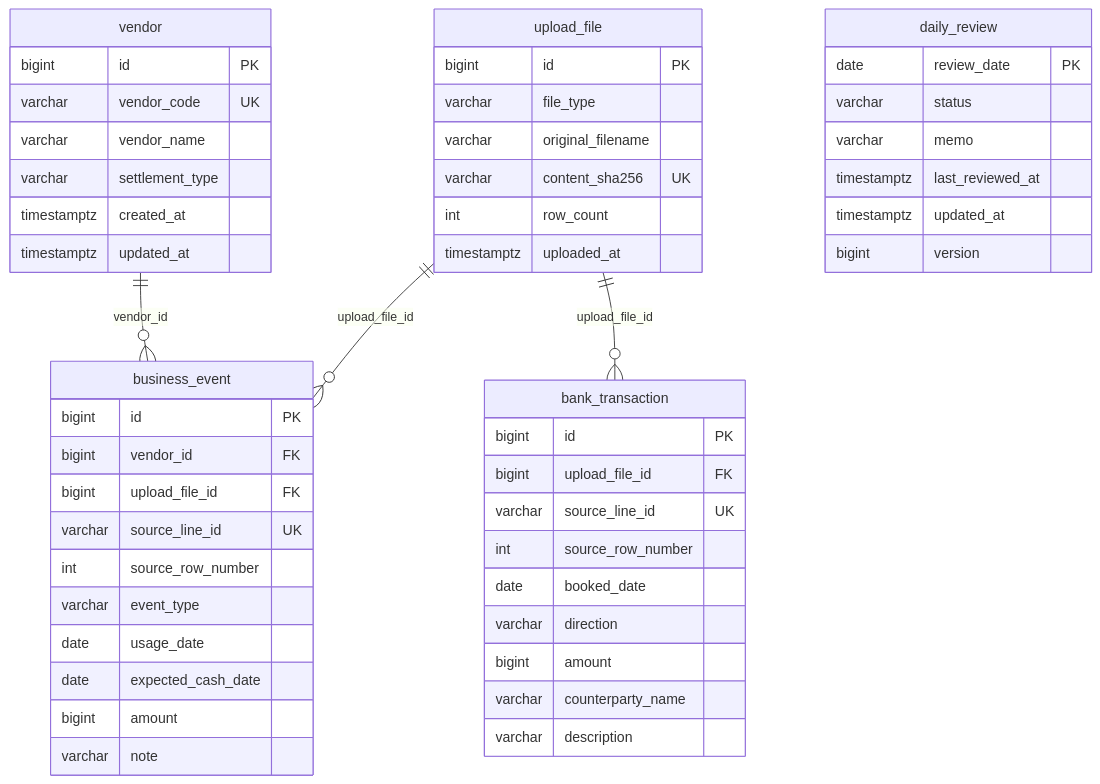
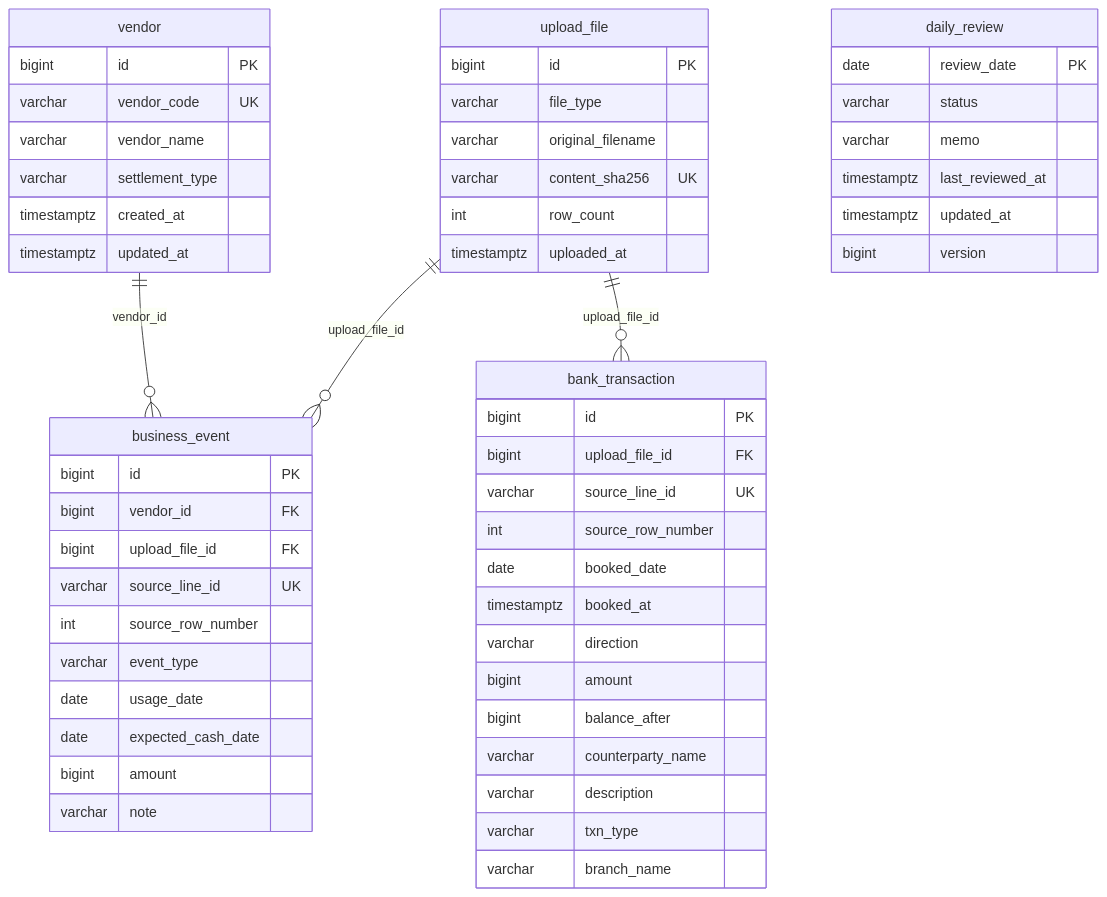
Before and after one commit to yeeunkim7/smallbiz-accounting-backend: the diagram in README.md, drawn with Mermaid. The commit also changed other lines of this file and 1 other file, not shown here.

````diff
--- a/README.md
+++ b/README.md
@@ -50,54 +80,58 @@
 ```mermaid
 erDiagram
   vendor ||--o{ business_event : "vendor_id"
   upload_file ||--o{ business_event : "upload_file_id"
   upload_file ||--o{ bank_transaction : "upload_file_id"
 
   vendor {
     bigint id PK
     varchar vendor_code UK
     varchar vendor_name
     varchar settlement_type
     timestamptz created_at
     timestamptz updated_at
   }
   upload_file {
     bigint id PK
     varchar file_type
     varchar original_filename
     varchar content_sha256 UK
     int row_count
     timestamptz uploaded_at
   }
   business_event {
     bigint id PK
     bigint vendor_id FK
     bigint upload_file_id FK
     varchar source_line_id UK
     int source_row_number
     varchar event_type
     date usage_date
     date expected_cash_date
     bigint amount
     varchar note
   }
   bank_transaction {
     bigint id PK
     bigint upload_file_id FK
     varchar source_line_id UK
     int source_row_number
     date booked_date
+    timestamptz booked_at
     varchar direction
     bigint amount
+    bigint balance_after
     varchar counterparty_name
     varchar description
+    varchar txn_type
+    varchar branch_name
   }
   daily_review {
     date review_date PK
     varchar status
     varchar memo
     timestamptz last_reviewed_at
     timestamptz updated_at
     bigint version
   }
 ```
````
